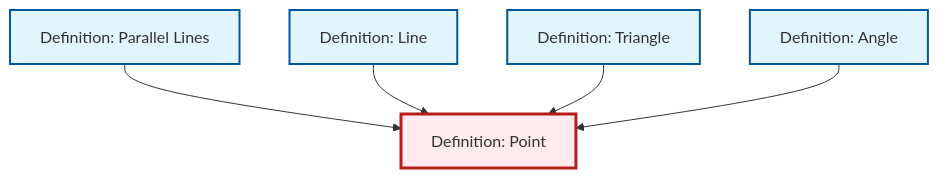
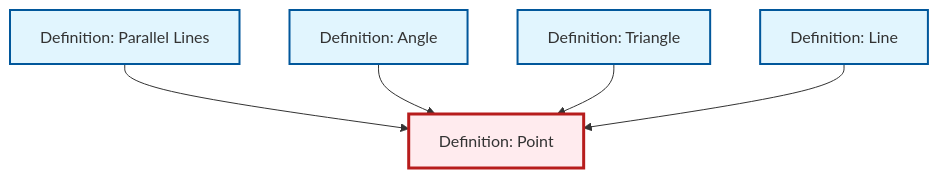
Before and after one commit to RK0429/ModernMath: the diagram in content/en/geometry/def-point.qmd, drawn with Mermaid. The commit also changed other lines of this file and 1012 other files, not shown here.

````diff
--- a/content/en/geometry/def-point.qmd
+++ b/content/en/geometry/def-point.qmd
@@ -39,23 +39,23 @@
 ```{mermaid}
 %%| fig-cap: "Local dependency graph"
 graph TD
     classDef definition fill:#e1f5fe,stroke:#01579b,stroke-width:2px
     classDef theorem fill:#f3e5f5,stroke:#4a148c,stroke-width:2px
     classDef axiom fill:#fff3e0,stroke:#e65100,stroke-width:2px
     classDef example fill:#e8f5e9,stroke:#1b5e20,stroke-width:2px
     classDef current fill:#ffebee,stroke:#b71c1c,stroke-width:3px
+    def-triangle["Definition: Triangle"]:::definition
+    def-angle["Definition: Angle"]:::definition
+    def-parallel["Definition: Parallel Lines"]:::definition
     def-line["Definition: Line"]:::definition
-    def-triangle["Definition: Triangle"]:::definition
-    def-parallel["Definition: Parallel Lines"]:::definition
     def-point["Definition: Point"]:::definition
-    def-angle["Definition: Angle"]:::definition
     def-parallel --> def-point
+    def-angle --> def-point
+    def-triangle --> def-point
     def-line --> def-point
-    def-triangle --> def-point
-    def-angle --> def-point
     class def-point current
+    click def-triangle "def-triangle.html" "Go to Triangle definition"
+    click def-angle "def-angle.html" "Go to Angle definition"
+    click def-parallel "def-parallel.html" "Go to Parallel Lines definition"
     click def-line "def-line.html" "Go to Line definition"
-    click def-triangle "def-triangle.html" "Go to Triangle definition"
-    click def-parallel "def-parallel.html" "Go to Parallel Lines definition"
-    click def-angle "def-angle.html" "Go to Angle definition"
 ```
````
